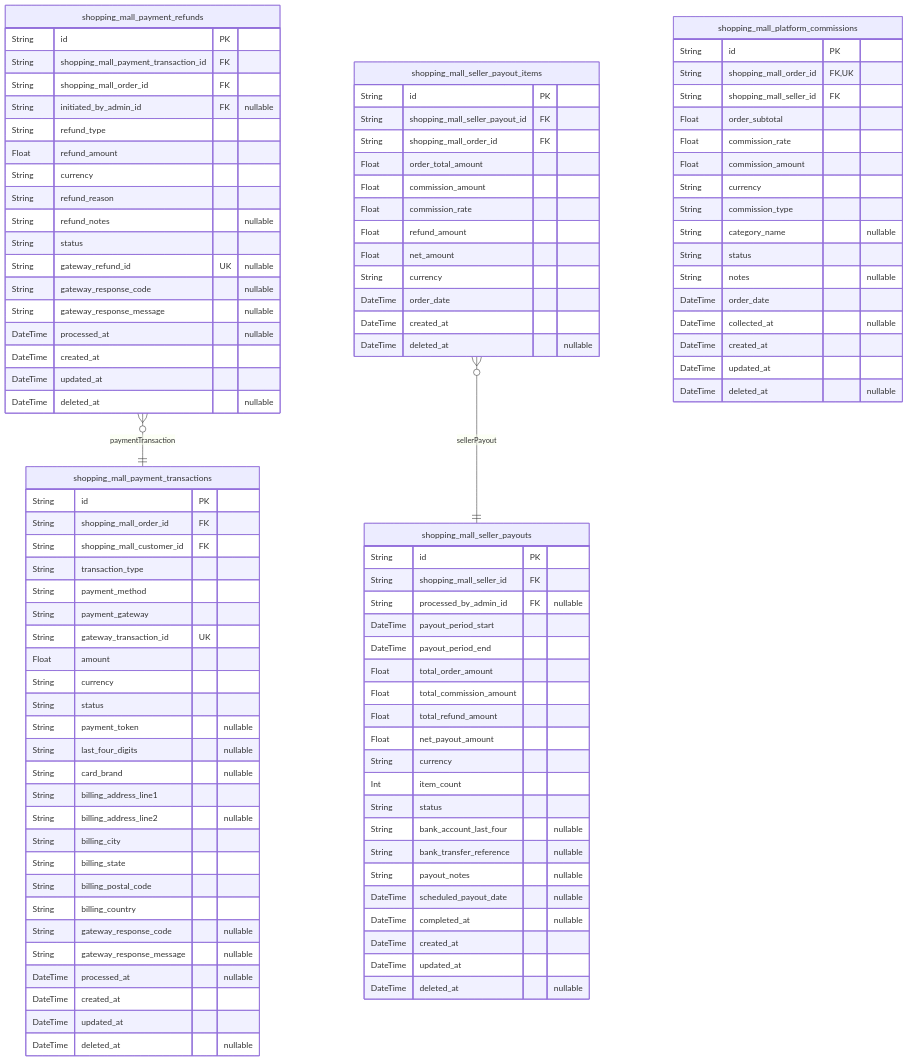
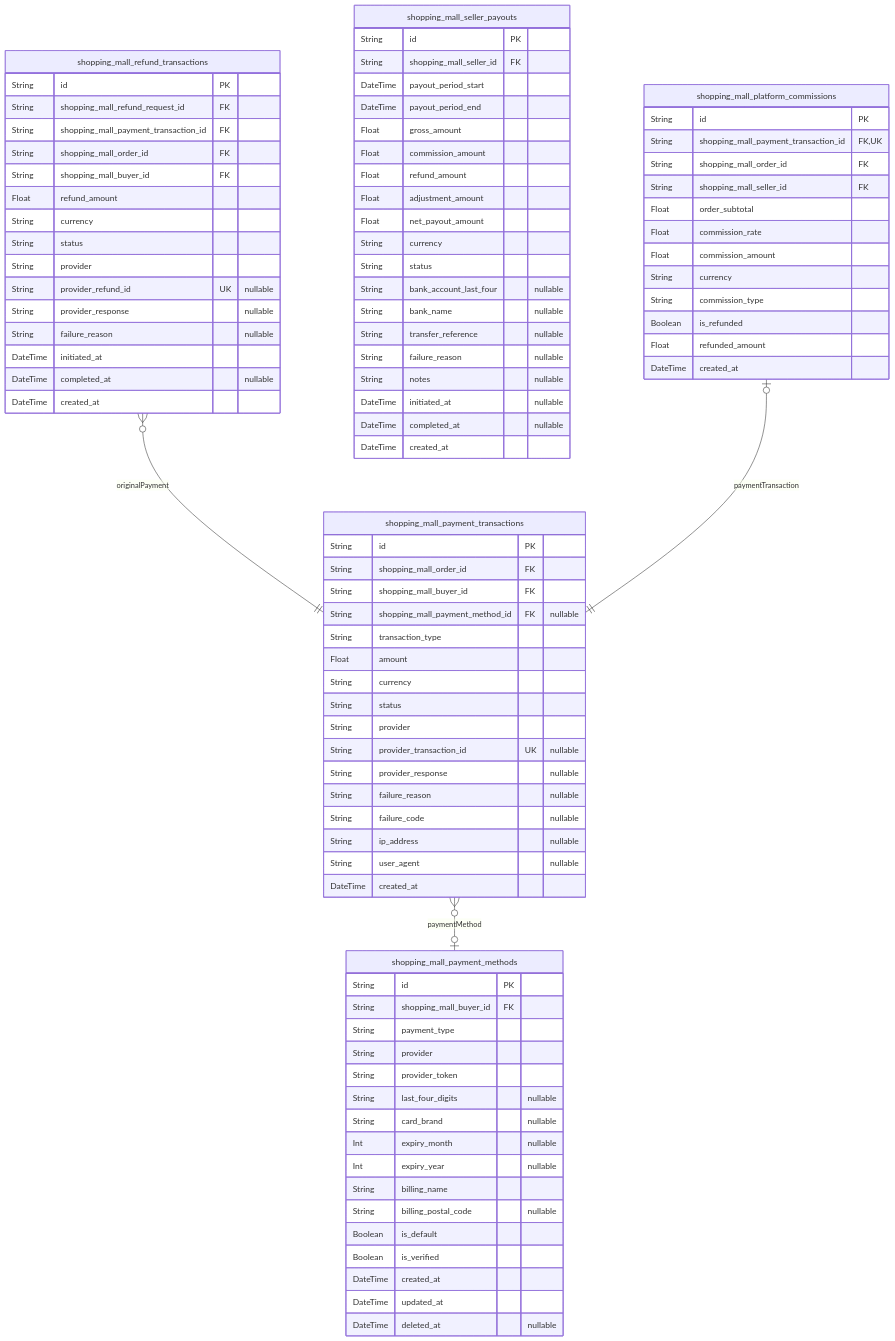
The ninth of 10 diagrams in anthropic/claude-sonnet-4.5/shopping/docs/ERD.md (wrtnlabs/autobe-examples), drawn with Mermaid before and after one commit. The commit also changed other lines of this file and 22498 other files, not shown here.

````diff
--- a/anthropic/claude-sonnet-4.5/shopping/docs/ERD.md
+++ b/anthropic/claude-sonnet-4.5/shopping/docs/ERD.md
@@ -1531,105 +2081,94 @@
 ```mermaid
 erDiagram
-"shopping_mall_payment_transactions" {
+"shopping_mall_payment_methods" {
   String id PK
-  String shopping_mall_order_id FK
-  String shopping_mall_customer_id FK
-  String transaction_type
-  String payment_method
-  String payment_gateway
-  String gateway_transaction_id UK
-  Float amount
-  String currency
-  String status
-  String payment_token "nullable"
+  String shopping_mall_buyer_id FK
+  String payment_type
+  String provider
+  String provider_token
   String last_four_digits "nullable"
   String card_brand "nullable"
-  String billing_address_line1
-  String billing_address_line2 "nullable"
-  String billing_city
-  String billing_state
-  String billing_postal_code
-  String billing_country
-  String gateway_response_code "nullable"
-  String gateway_response_message "nullable"
-  DateTime processed_at "nullable"
+  Int expiry_month "nullable"
+  Int expiry_year "nullable"
+  String billing_name
+  String billing_postal_code "nullable"
+  Boolean is_default
+  Boolean is_verified
   DateTime created_at
   DateTime updated_at
   DateTime deleted_at "nullable"
 }
-"shopping_mall_payment_refunds" {
+"shopping_mall_payment_transactions" {
   String id PK
+  String shopping_mall_order_id FK
+  String shopping_mall_buyer_id FK
+  String shopping_mall_payment_method_id FK "nullable"
+  String transaction_type
+  Float amount
+  String currency
+  String status
+  String provider
+  String provider_transaction_id UK "nullable"
+  String provider_response "nullable"
+  String failure_reason "nullable"
+  String failure_code "nullable"
+  String ip_address "nullable"
+  String user_agent "nullable"
+  DateTime created_at
+}
+"shopping_mall_refund_transactions" {
+  String id PK
+  String shopping_mall_refund_request_id FK
   String shopping_mall_payment_transaction_id FK
   String shopping_mall_order_id FK
-  String initiated_by_admin_id FK "nullable"
-  String refund_type
+  String shopping_mall_buyer_id FK
   Float refund_amount
   String currency
-  String refund_reason
-  String refund_notes "nullable"
   String status
-  String gateway_refund_id UK "nullable"
-  String gateway_response_code "nullable"
-  String gateway_response_message "nullable"
-  DateTime processed_at "nullable"
+  String provider
+  String provider_refund_id UK "nullable"
+  String provider_response "nullable"
+  String failure_reason "nullable"
+  DateTime initiated_at
+  DateTime completed_at "nullable"
   DateTime created_at
-  DateTime updated_at
-  DateTime deleted_at "nullable"
 }
 "shopping_mall_seller_payouts" {
   String id PK
   String shopping_mall_seller_id FK
-  String processed_by_admin_id FK "nullable"
   DateTime payout_period_start
   DateTime payout_period_end
-  Float total_order_amount
-  Float total_commission_amount
-  Float total_refund_amount
+  Float gross_amount
+  Float commission_amount
+  Float refund_amount
+  Float adjustment_amount
   Float net_payout_amount
   String currency
-  Int item_count
   String status
   String bank_account_last_four "nullable"
-  String bank_transfer_reference "nullable"
-  String payout_notes "nullable"
-  DateTime scheduled_payout_date "nullable"
+  String bank_name "nullable"
+  String transfer_reference "nullable"
+  String failure_reason "nullable"
+  String notes "nullable"
+  DateTime initiated_at "nullable"
   DateTime completed_at "nullable"
   DateTime created_at
-  DateTime updated_at
-  DateTime deleted_at "nullable"
-}
-"shopping_mall_seller_payout_items" {
-  String id PK
-  String shopping_mall_seller_payout_id FK
-  String shopping_mall_order_id FK
-  Float order_total_amount
-  Float commission_amount
-  Float commission_rate
-  Float refund_amount
-  Float net_amount
-  String currency
-  DateTime order_date
-  DateTime created_at
-  DateTime deleted_at "nullable"
 }
 "shopping_mall_platform_commissions" {
   String id PK
-  String shopping_mall_order_id FK,UK
+  String shopping_mall_payment_transaction_id FK,UK
+  String shopping_mall_order_id FK
   String shopping_mall_seller_id FK
   Float order_subtotal
   Float commission_rate
   Float commission_amount
   String currency
   String commission_type
-  String category_name "nullable"
-  String status
-  String notes "nullable"
-  DateTime order_date
-  DateTime collected_at "nullable"
+  Boolean is_refunded
+  Float refunded_amount
   DateTime created_at
-  DateTime updated_at
-  DateTime deleted_at "nullable"
 }
-"shopping_mall_payment_refunds" }o--|| "shopping_mall_payment_transactions" : paymentTransaction
-"shopping_mall_seller_payout_items" }o--|| "shopping_mall_seller_payouts" : sellerPayout
+"shopping_mall_payment_transactions" }o--o| "shopping_mall_payment_methods" : paymentMethod
+"shopping_mall_refund_transactions" }o--|| "shopping_mall_payment_transactions" : originalPayment
+"shopping_mall_platform_commissions" |o--|| "shopping_mall_payment_transactions" : paymentTransaction
 ```
````
